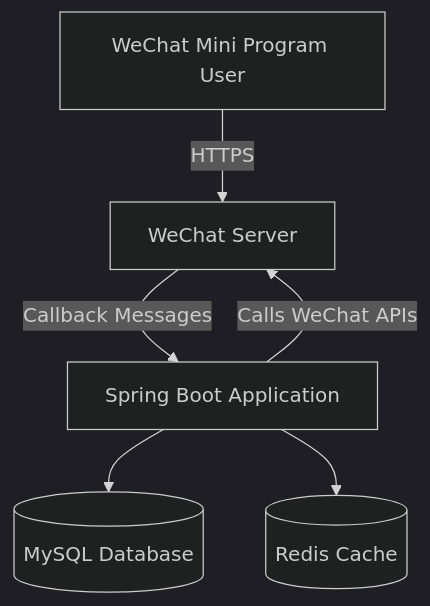
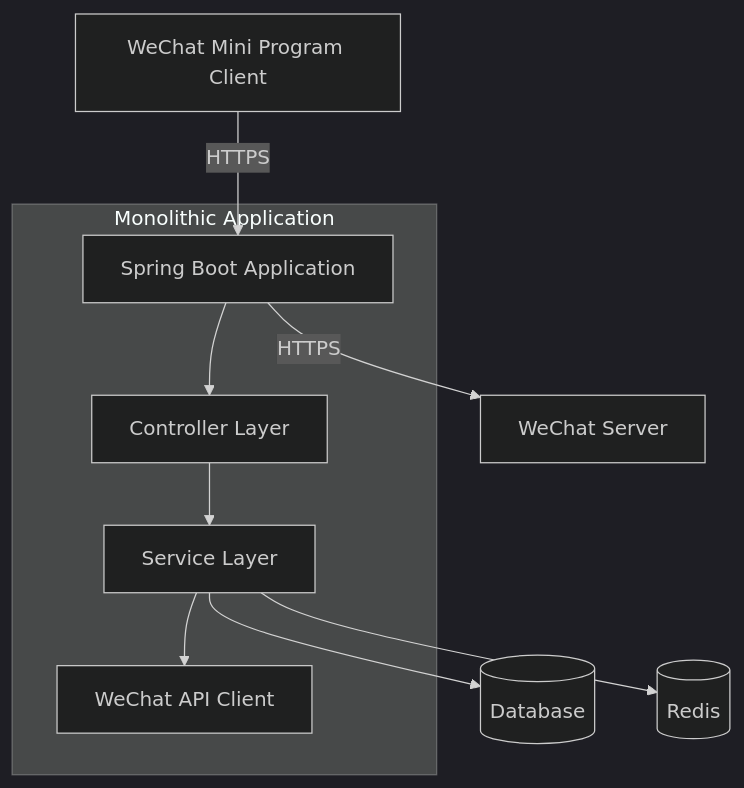
One commit to v-wjrong/rongwj666_weixin-java-miniapp-demo changed the diagram in docs/en/summary/system_architecture.md. Above: the diagram before and after it, drawn with Mermaid (dark theme). The commit also changed other lines of this file and 46 other files, not shown here.

````diff
--- a/docs/en/summary/system_architecture.md
+++ b/docs/en/summary/system_architecture.md
@@ -52,8 +51,12 @@
 ```mermaid
 graph TD
-    A[WeChat Mini Program User] -- HTTPS --> B[WeChat Server]
-    B -- Callback Messages --> C[Spring Boot Application]
-    C -- Calls WeChat APIs --> B
-    C --> D[(MySQL Database)]
-    C --> E[(Redis Cache)]
+    A[WeChat Mini Program Client] -- HTTPS --> B[Spring Boot Application]
+    B -- HTTPS --> C[WeChat Server]
+    subgraph Monolithic Application
+        B --> D[Controller Layer]
+        D --> E[Service Layer]
+        E --> F[WeChat API Client]
+    end
+    E --> G[(Database)]
+    E --> H[(Redis)]
 ```
````
